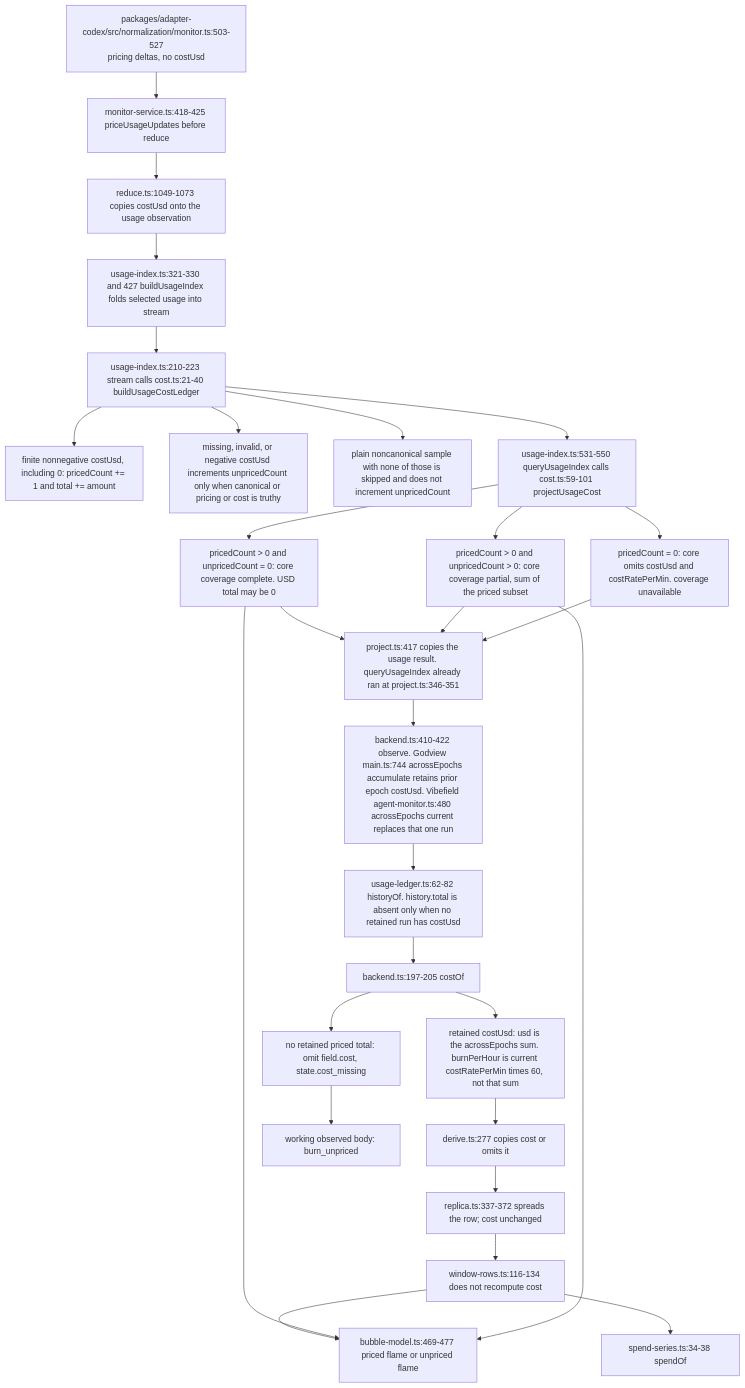
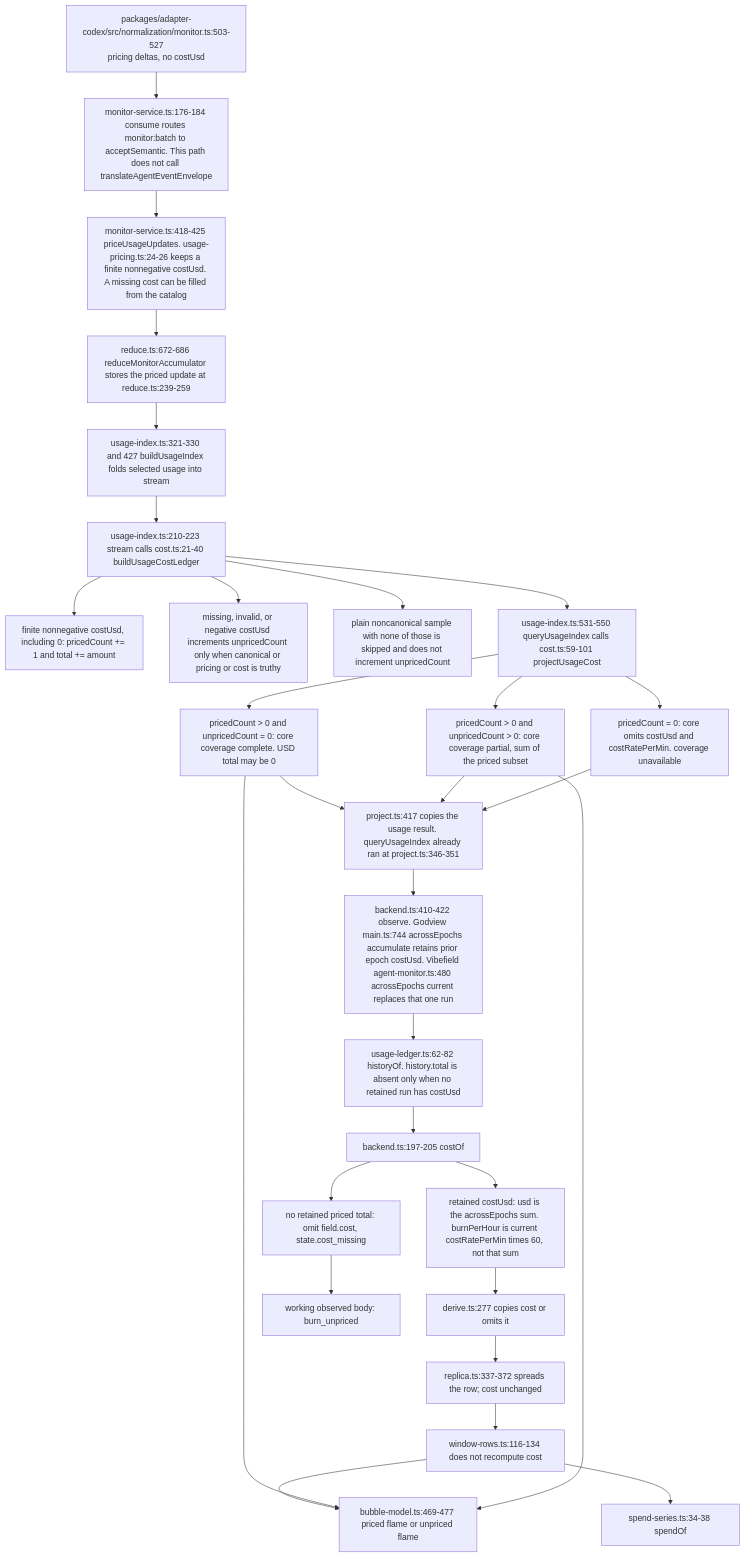
Before and after one commit to vibefield/vibefield: the diagram in audit/godview/evidence/codex/cost.series.lastStepAt.mmd, drawn with Mermaid. The commit also changed 40 other files, not shown here.

```diff
--- a/audit/godview/evidence/codex/cost.series.lastStepAt.mmd
+++ b/audit/godview/evidence/codex/cost.series.lastStepAt.mmd
@@ -1,32 +1,33 @@
 %% field: field.cost.usd
 %% adapter: codex
 %% forensic: source-read; liveObserved false
 flowchart TD
   signal["packages/adapter-codex/src/normalization/monitor.ts:503-527\npricing deltas, no costUsd"]
-  signal --> price["monitor-service.ts:418-425 priceUsageUpdates before reduce"]
-  price --> reduce["reduce.ts:1049-1073 copies costUsd onto the usage observation"]
-  reduce --> index["usage-index.ts:321-330 and 427 buildUsageIndex folds selected usage into stream"]
+  signal --> semantic["monitor-service.ts:176-184 consume routes monitor:batch to acceptSemantic. This path does not call translateAgentEventEnvelope"]
+  semantic --> price["monitor-service.ts:418-425 priceUsageUpdates. usage-pricing.ts:24-26 keeps a finite nonnegative costUsd. A missing cost can be filled from the catalog"]
+  price --> accum["reduce.ts:672-686 reduceMonitorAccumulator stores the priced update at reduce.ts:239-259"]
+  accum --> index["usage-index.ts:321-330 and 427 buildUsageIndex folds selected usage into stream"]
   index --> counts["usage-index.ts:210-223 stream calls cost.ts:21-40 buildUsageCostLedger"]
   counts --> pricedObs["finite nonnegative costUsd, including 0: pricedCount += 1 and total += amount"]
   counts --> guarded["missing, invalid, or negative costUsd increments unpricedCount only when canonical or pricing or cost is truthy"]
   counts --> skipped["plain noncanonical sample with none of those is skipped and does not increment unpricedCount"]
   counts --> decide["usage-index.ts:531-550 queryUsageIndex calls cost.ts:59-101 projectUsageCost"]
   decide --> complete["pricedCount > 0 and unpricedCount = 0: core coverage complete. USD total may be 0"]
   decide --> partialCore["pricedCount > 0 and unpricedCount > 0: core coverage partial, sum of the priced subset"]
   decide --> coreNone["pricedCount = 0: core omits costUsd and costRatePerMin. coverage unavailable"]
   complete --> project["project.ts:417 copies the usage result. queryUsageIndex already ran at project.ts:346-351"]
   partialCore --> project
   coreNone --> project
   project --> epochs["backend.ts:410-422 observe. Godview main.ts:744 acrossEpochs accumulate retains prior epoch costUsd. Vibefield agent-monitor.ts:480 acrossEpochs current replaces that one run"]
   epochs --> agg["usage-ledger.ts:62-82 historyOf. history.total is absent only when no retained run has costUsd"]
   agg --> costOf["backend.ts:197-205 costOf"]
   costOf --> missing["no retained priced total: omit field.cost, state.cost_missing"]
   costOf --> kept["retained costUsd: usd is the acrossEpochs sum. burnPerHour is current costRatePerMin times 60, not that sum"]
   kept --> derive["derive.ts:277 copies cost or omits it"]
   derive --> replica["replica.ts:337-372 spreads the row; cost unchanged"]
   replica --> window["window-rows.ts:116-134 does not recompute cost"]
   window --> swarm["bubble-model.ts:469-477 priced flame or unpriced flame"]
   window --> spend["spend-series.ts:34-38 spendOf"]
   complete --> swarm
   partialCore --> swarm
   missing --> unpricedFlame["working observed body: burn_unpriced"]
```
